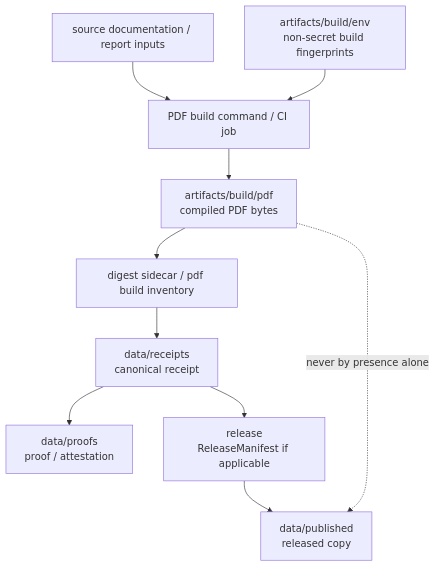
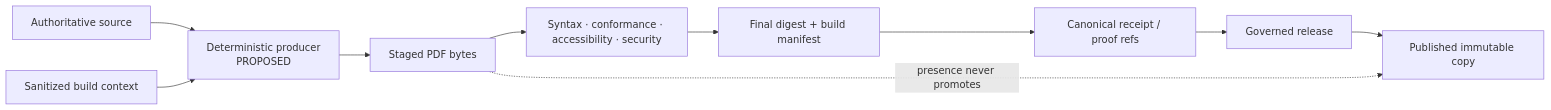
Before and after one commit to bartytime4life/Kansas-Frontier-Matrix: the diagram in artifacts/build/pdf/README.md, drawn with Mermaid. The commit also changed other lines of this file, not shown here.

Commit message:
docs(artifacts): ground PDF build boundary

````diff
--- a/artifacts/build/pdf/README.md
+++ b/artifacts/build/pdf/README.md
@@ -179,12 +173,12 @@
 ```mermaid
-flowchart TD
-    source["source documentation / report inputs"] --> build["PDF build command / CI job"]
-    env["artifacts/build/env\nnon-secret build fingerprints"] --> build
-    build --> pdf["artifacts/build/pdf\ncompiled PDF bytes"]
-    pdf --> digest["digest sidecar / pdf build inventory"]
-    digest --> receipt["data/receipts\ncanonical receipt"]
-    receipt --> proof["data/proofs\nproof / attestation"]
-    receipt --> release["release\nReleaseManifest if applicable"]
-    release --> published["data/published\nreleased copy"]
-    pdf -. "never by presence alone" .-> published
+flowchart LR
+    S["Authoritative source"] --> P["Deterministic producer<br/>PROPOSED"]
+    E["Sanitized build context"] --> P
+    P --> B["Staged PDF bytes"]
+    B --> V["Syntax · conformance · accessibility · security"]
+    V --> D["Final digest + build manifest"]
+    D --> R["Canonical receipt / proof refs"]
+    R --> G["Governed release"]
+    G --> U["Published immutable copy"]
+    B -. "presence never promotes" .-> U
 ```
````
